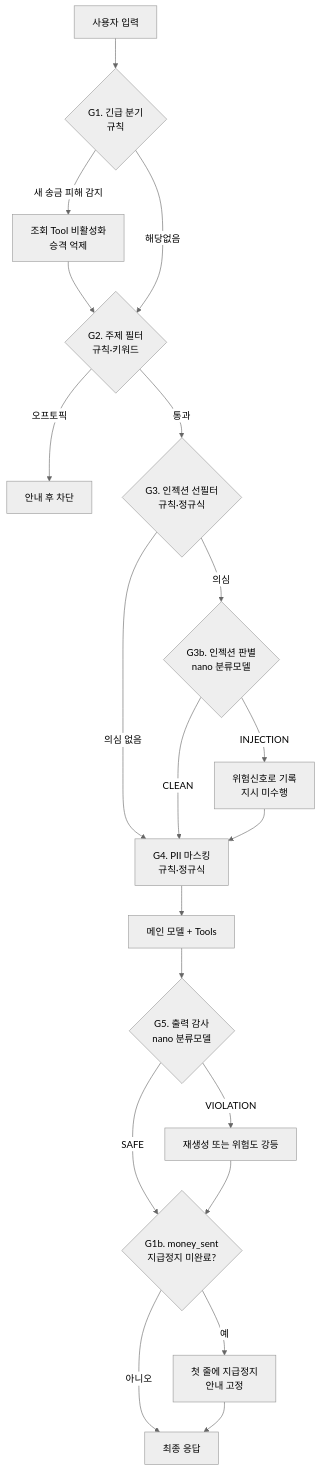
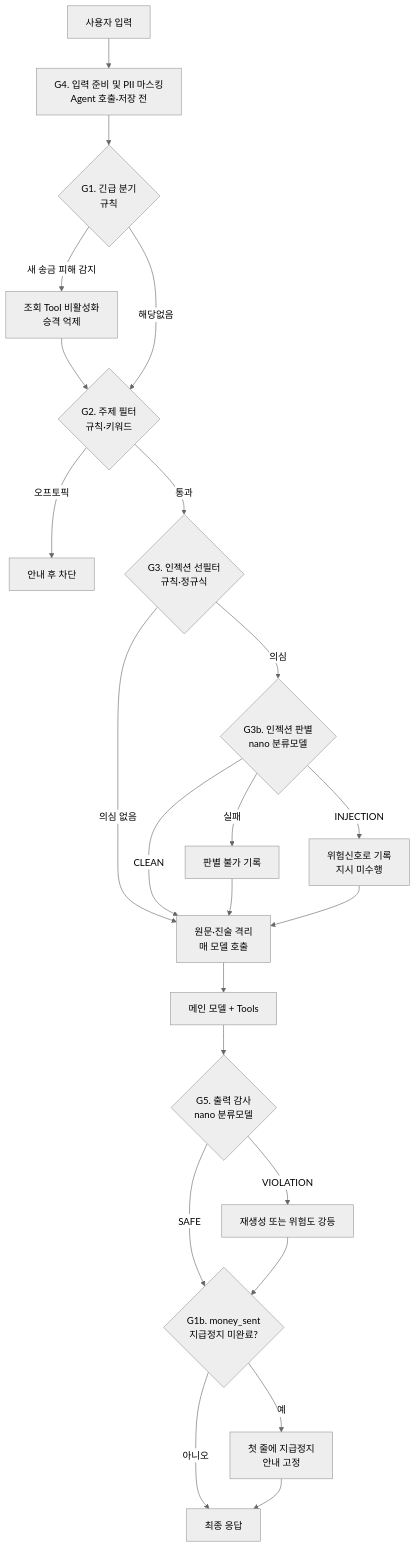
The diagram in docs/agent-design.md (connandgo/UnHook), drawn with Mermaid (neutral theme) before and after one commit. The commit also changed other lines of this file and 9 other files, not shown here.

````diff
--- a/docs/agent-design.md
+++ b/docs/agent-design.md
@@ -380,22 +381,25 @@
 ```mermaid
 flowchart TD
-  A[사용자 입력] --> B{G1. 긴급 분기<br/>규칙}
+  A[사용자 입력] --> P[G4. 입력 준비 및 PII 마스킹<br/>Agent 호출·저장 전]
+  P --> B{G1. 긴급 분기<br/>규칙}
   B -->|새 송금 피해 감지| Z[조회 Tool 비활성화<br/>승격 억제]
   Z --> C
   B -->|해당없음| C{G2. 주제 필터<br/>규칙·키워드}
   C -->|오프토픽| Y[안내 후 차단]
   C -->|통과| D{G3. 인젝션 선필터<br/>규칙·정규식}
   D -->|의심 없음| F
   D -->|의심| E{G3b. 인젝션 판별<br/>nano 분류모델}
   E -->|INJECTION| E2[위험신호로 기록<br/>지시 미수행]
   E -->|CLEAN| F
+  E -->|실패| E3[판별 불가 기록]
+  E3 --> F
   E2 --> F
-  F[G4. PII 마스킹<br/>규칙·정규식] --> G[메인 모델 + Tools]
+  F[원문·진술 격리<br/>매 모델 호출] --> G[메인 모델 + Tools]
   G --> H{G5. 출력 감사<br/>nano 분류모델}
   H -->|VIOLATION| I[재생성 또는 위험도 강등]
   H -->|SAFE| K
   I --> K
   K{G1b. money_sent<br/>지급정지 미완료?} -->|예| L[첫 줄에 지급정지<br/>안내 고정]
   K -->|아니오| J[최종 응답]
   L --> J
 ```
````
